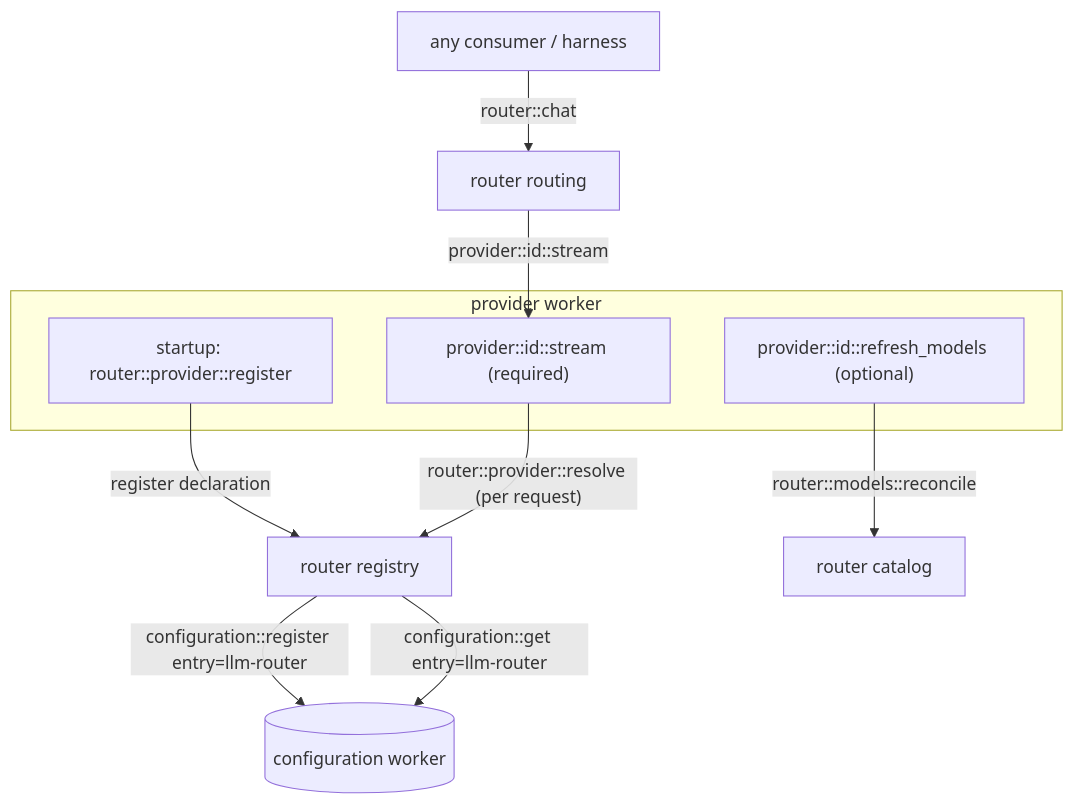
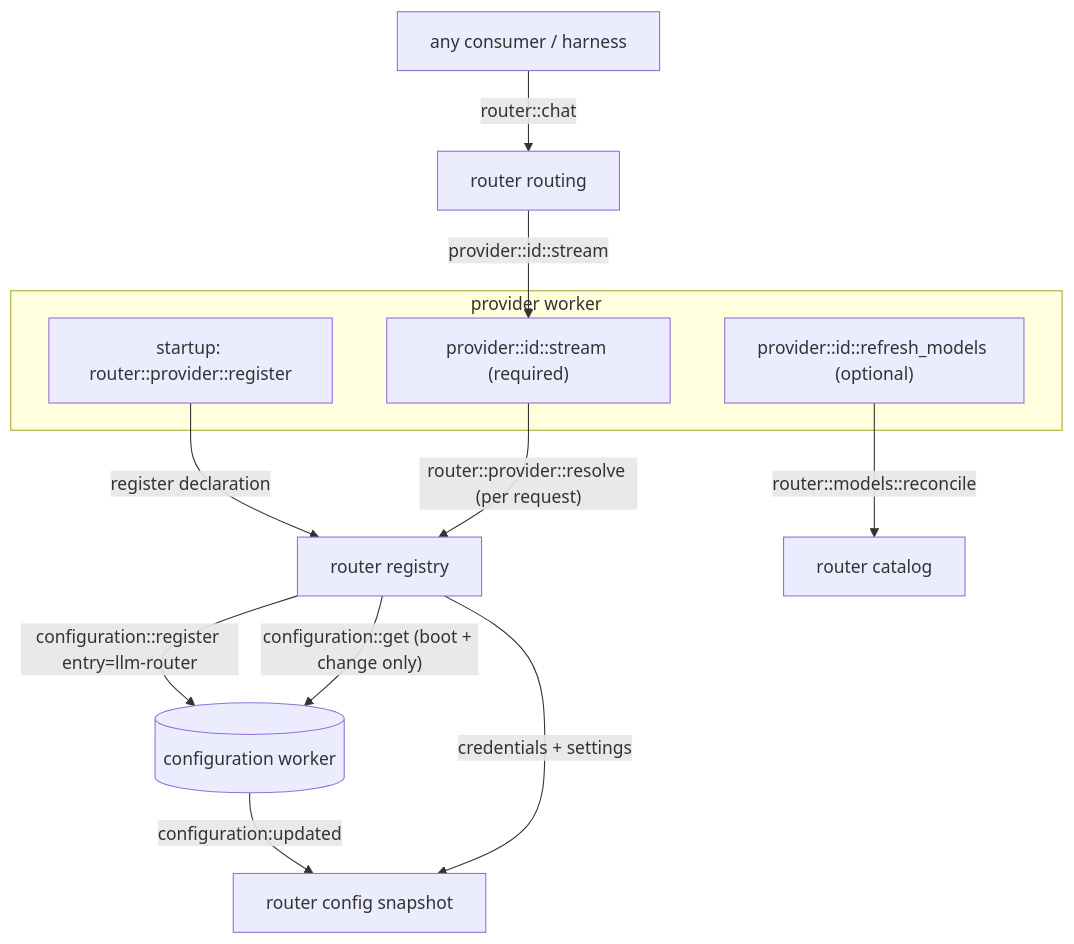
Before and after one commit to iii-hq/workers: the diagram in tech-specs/2026-06-agentic/llm-router.md, drawn with Mermaid. The commit also changed other lines of this file and 112 other files, not shown here.

````diff
--- a/tech-specs/2026-06-agentic/llm-router.md
+++ b/tech-specs/2026-06-agentic/llm-router.md
@@ -44,15 +44,17 @@
 ```mermaid
 flowchart TB
   subgraph prov [provider worker]
     decl["startup: router::provider::register"]
     stream["provider::id::stream (required)"]
     refresh["provider::id::refresh_models (optional)"]
   end
   decl -->|"register declaration"| reg[router registry]
   reg -->|"configuration::register entry=llm-router"| cfg[(configuration worker)]
+  reg -->|"configuration::get (boot + change only)"| cfg
+  cfg -->|"configuration:updated"| cache[router config snapshot]
+  reg -->|"credentials + settings"| cache
   stream -->|"router::provider::resolve (per request)"| reg
-  reg -->|"configuration::get entry=llm-router"| cfg
   consumer["any consumer / harness"] -->|"router::chat"| route[router routing]
   route -->|"provider::id::stream"| stream
   refresh -->|"router::models::reconcile"| cat[router catalog]
 ```
````
